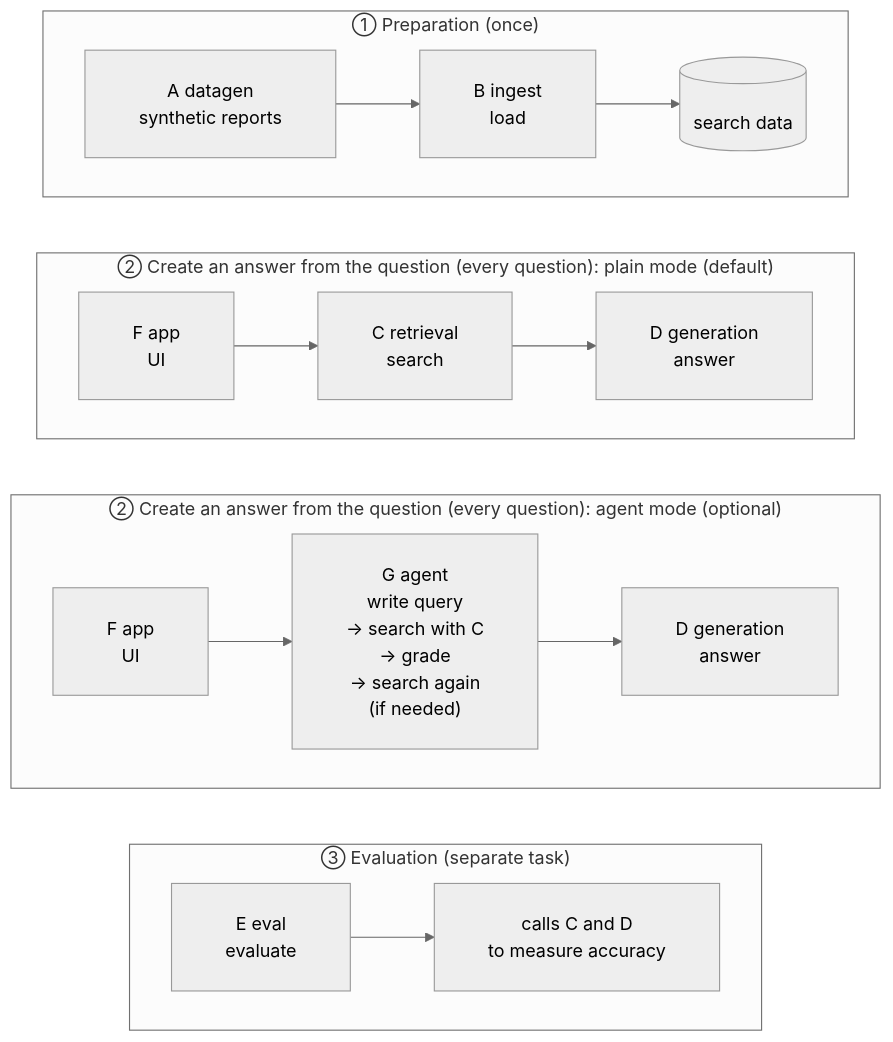
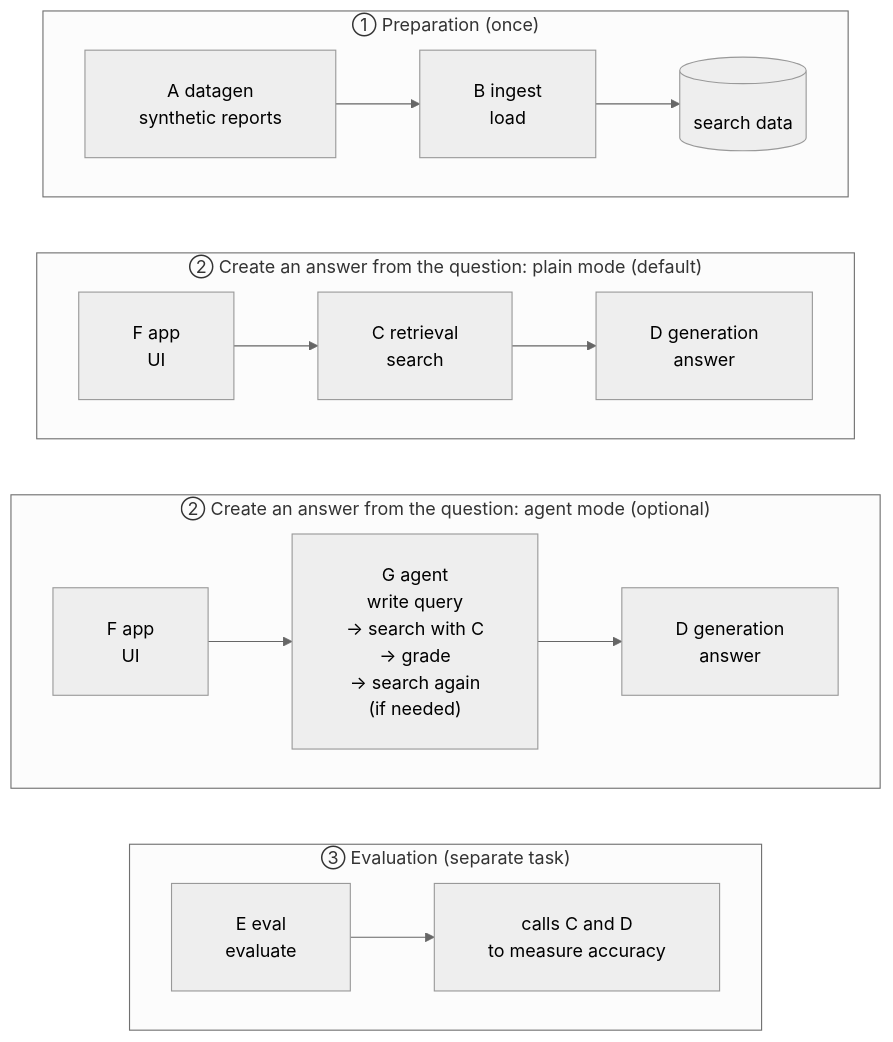
Before and after one commit to satoshi-abe-dev/silo-rag: the first of 3 diagrams in README_en.md, drawn with Mermaid (neutral theme). The commit also changed other lines of this file and 1 other file, not shown here.

Commit message:
Drop the redundant 'every question' from the part 2 title
'Create an answer from the question' already says it runs for each question.

````diff
--- a/README_en.md
+++ b/README_en.md
@@ -125,23 +125,23 @@
 ```mermaid
 %%{init: {"flowchart": {"padding": 24, "wrappingWidth": 400}}}%%
 graph TB
     subgraph prep["① Preparation (once)"]
         direction LR
         A["A datagen<br/>synthetic reports"] --> B["B ingest<br/>load"] --> DB[("search data")]
     end
-    subgraph plain["② Create an answer from the question (every question): plain mode (default)"]
+    subgraph plain["② Create an answer from the question: plain mode (default)"]
         direction LR
         F1["F app<br/>UI"] --> C1["C retrieval<br/>search"] --> D1["D generation<br/>answer"]
     end
-    subgraph agent["② Create an answer from the question (every question): agent mode (optional)"]
+    subgraph agent["② Create an answer from the question: agent mode (optional)"]
         direction LR
         F2["F app<br/>UI"] --> G["G agent<br/>write query<br/>→ search with C<br/>→ grade<br/>→ search again<br/>(if needed)"] --> D2["D generation<br/>answer"]
     end
     subgraph ev["③ Evaluation (separate task)"]
         direction LR
         E["E eval<br/>evaluate"] --> CD["calls C and D<br/>to measure accuracy"]
     end
     prep ~~~ plain
     plain ~~~ agent
     agent ~~~ ev
 ```
````
